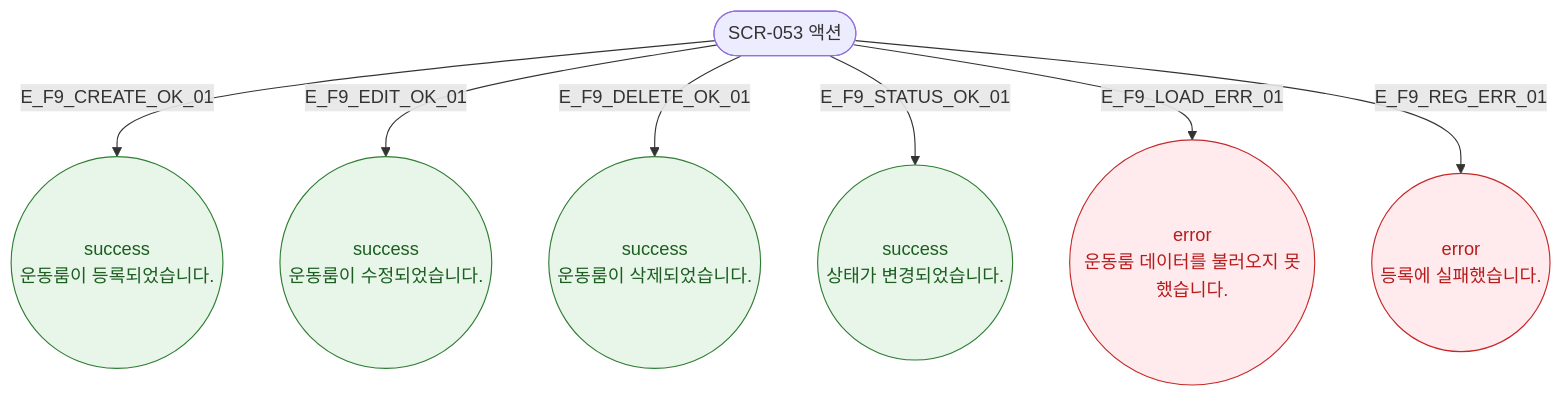
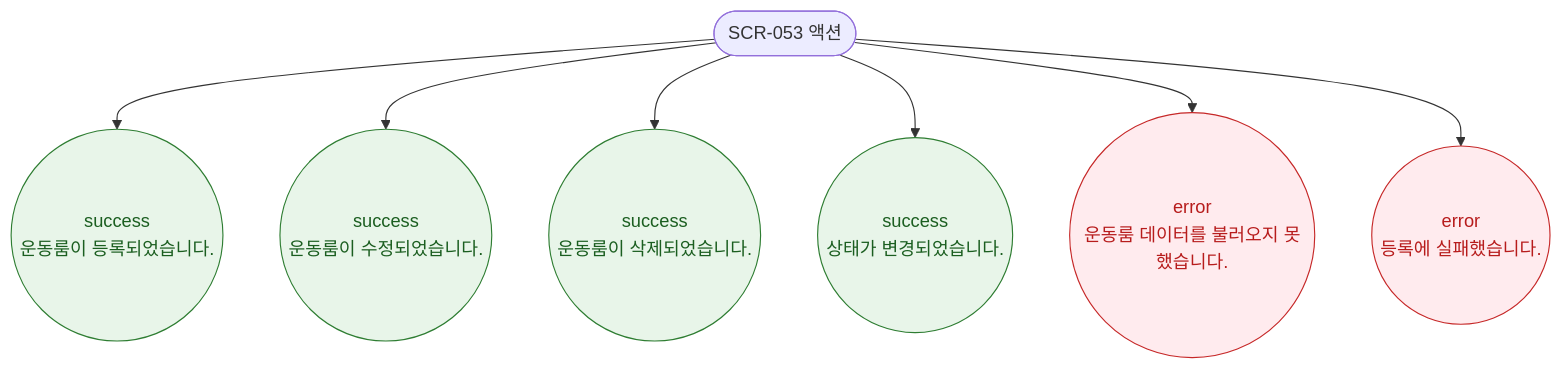
The diagram in docs/다이어그램/D06_시설관리/SCR-053_운동룸관리/F9_토스트.md (dev-spogym/admin-pando), drawn with Mermaid before and after one commit. The commit also changed other lines of this file and 1660 other files, not shown here.

First line of the commit message:
다이어그램: 기획자/클라이언트 납품본으로 정리

````diff
--- a/docs/다이어그램/D06_시설관리/SCR-053_운동룸관리/F9_토스트.md
+++ b/docs/다이어그램/D06_시설관리/SCR-053_운동룸관리/F9_토스트.md
@@ -16,16 +14,16 @@
 ```mermaid
 flowchart TD
     TRIGGER([SCR-053 액션])
 
-    TRIGGER -->|E_F9_CREATE_OK_01| T_CREATE((success\n운동룸이 등록되었습니다.))
-    TRIGGER -->|E_F9_EDIT_OK_01| T_EDIT((success\n운동룸이 수정되었습니다.))
-    TRIGGER -->|E_F9_DELETE_OK_01| T_DELETE((success\n운동룸이 삭제되었습니다.))
-    TRIGGER -->|E_F9_STATUS_OK_01| T_STATUS((success\n상태가 변경되었습니다.))
-    TRIGGER -->|E_F9_LOAD_ERR_01| T_LOAD_ERR((error\n운동룸 데이터를 불러오지 못했습니다.))
-    TRIGGER -->|E_F9_REG_ERR_01| T_REG_ERR((error\n등록에 실패했습니다.))
+    TRIGGER --> T_CREATE((success\n운동룸이 등록되었습니다.))
+    TRIGGER --> T_EDIT((success\n운동룸이 수정되었습니다.))
+    TRIGGER --> T_DELETE((success\n운동룸이 삭제되었습니다.))
+    TRIGGER --> T_STATUS((success\n상태가 변경되었습니다.))
+    TRIGGER --> T_LOAD_ERR((error\n운동룸 데이터를 불러오지 못했습니다.))
+    TRIGGER --> T_REG_ERR((error\n등록에 실패했습니다.))
 
     classDef success fill:#E8F5E9,stroke:#2E7D32,color:#1B5E20
     classDef error fill:#FFEBEE,stroke:#C62828,color:#B71C1C
     class T_CREATE,T_EDIT,T_DELETE,T_STATUS success
     class T_LOAD_ERR,T_REG_ERR error
 ```
````
